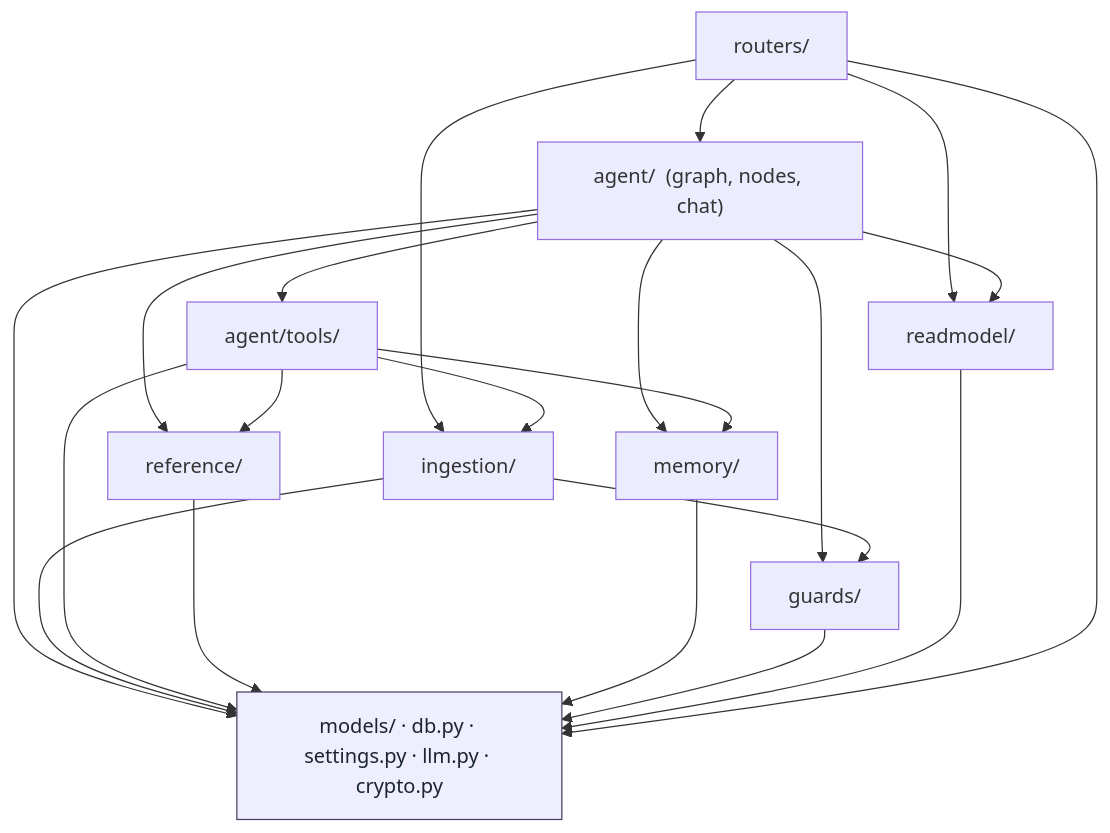
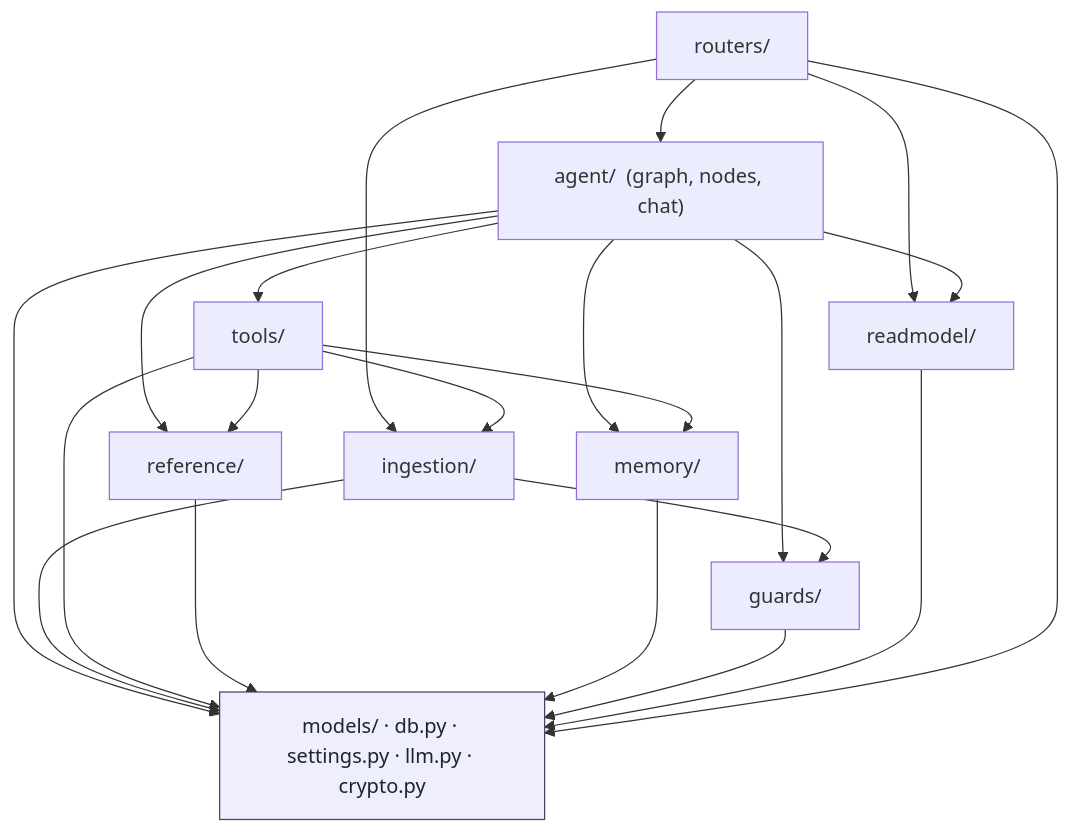
The second of 5 diagrams in docs/roadmap.md (AhmedNazihX/CrossBid), drawn with Mermaid before and after one commit. The commit also changed other lines of this file and 39 other files, not shown here.

````diff
--- a/docs/roadmap.md
+++ b/docs/roadmap.md
@@ -55,25 +56,25 @@
 ```mermaid
 flowchart TD
   R["routers/"] --> A["agent/  (graph, nodes, chat)"]
   R --> I["ingestion/"]
   R --> RM["readmodel/"]
-  A --> T["agent/tools/"]
+  A --> T["tools/"]
   A --> REF["reference/"]
   A --> MEM["memory/"]
   A --> G["guards/"]
   A --> RM
   I --> G
   T --> I
   T --> REF
   T --> MEM
   A --> BASE["models/ · db.py · settings.py · llm.py · crypto.py"]
   I --> BASE
   T --> BASE
   REF --> BASE
   MEM --> BASE
   G --> BASE
   RM --> BASE
   R --> BASE
   classDef base fill:#eef,stroke:#446,color:#1B2430;
   class BASE base;
 ```
````
